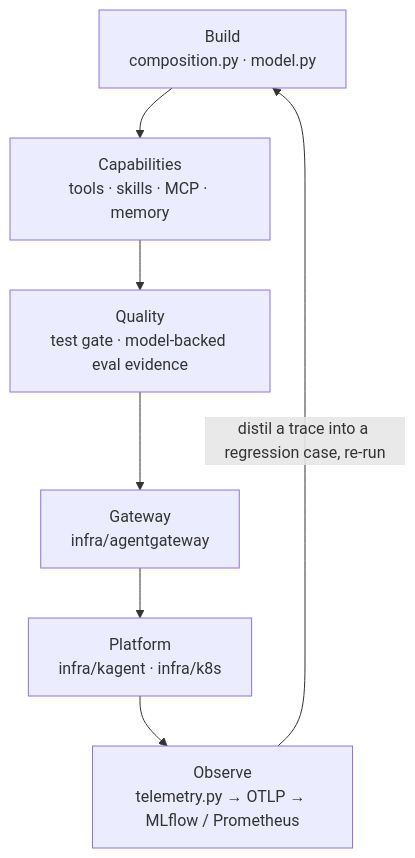
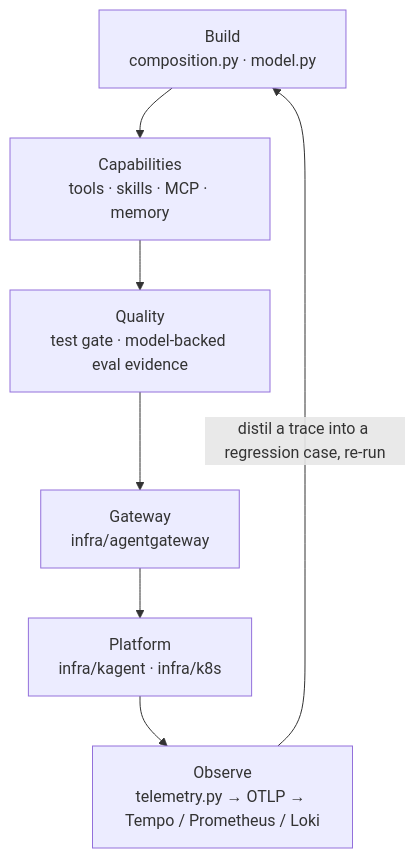
The second of 2 diagrams in content/0. Overview/0.2. AgentOps.md (LuiGGi629/agentops-open-course), drawn with Mermaid before and after one commit. The commit also changed other lines of this file and 88 other files, not shown here.

First line of the commit message:
refactor: send traces to Tempo and take MLflow out of the online path

````diff
--- a/content/0. Overview/0.2. AgentOps.md
+++ b/content/0. Overview/0.2. AgentOps.md
@@ -60,11 +60,11 @@
 ```mermaid
 flowchart TD
     Build["Build<br/>composition.py · model.py"]
     Capabilities["Capabilities<br/>tools · skills · MCP · memory"]
     Quality["Quality<br/>test gate · model-backed eval evidence"]
     Gateway["Gateway<br/>infra/agentgateway"]
     Platform["Platform<br/>infra/kagent · infra/k8s"]
-    Observe["Observe<br/>telemetry.py → OTLP → MLflow / Prometheus"]
+    Observe["Observe<br/>telemetry.py → OTLP → Tempo / Prometheus / Loki"]
     Build --> Capabilities --> Quality --> Gateway --> Platform --> Observe
     Observe -->|distil a trace into a regression case, re-run| Build
 ```
````
